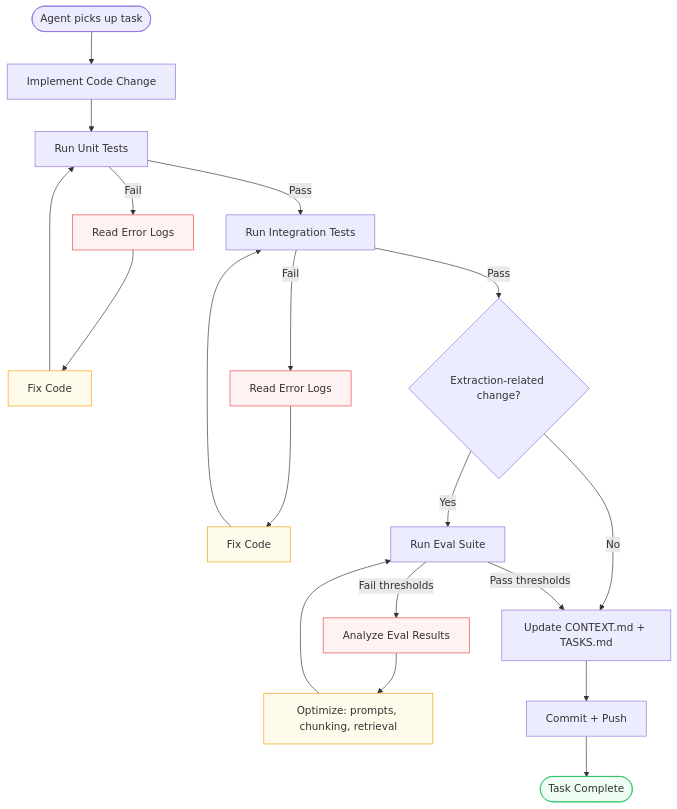
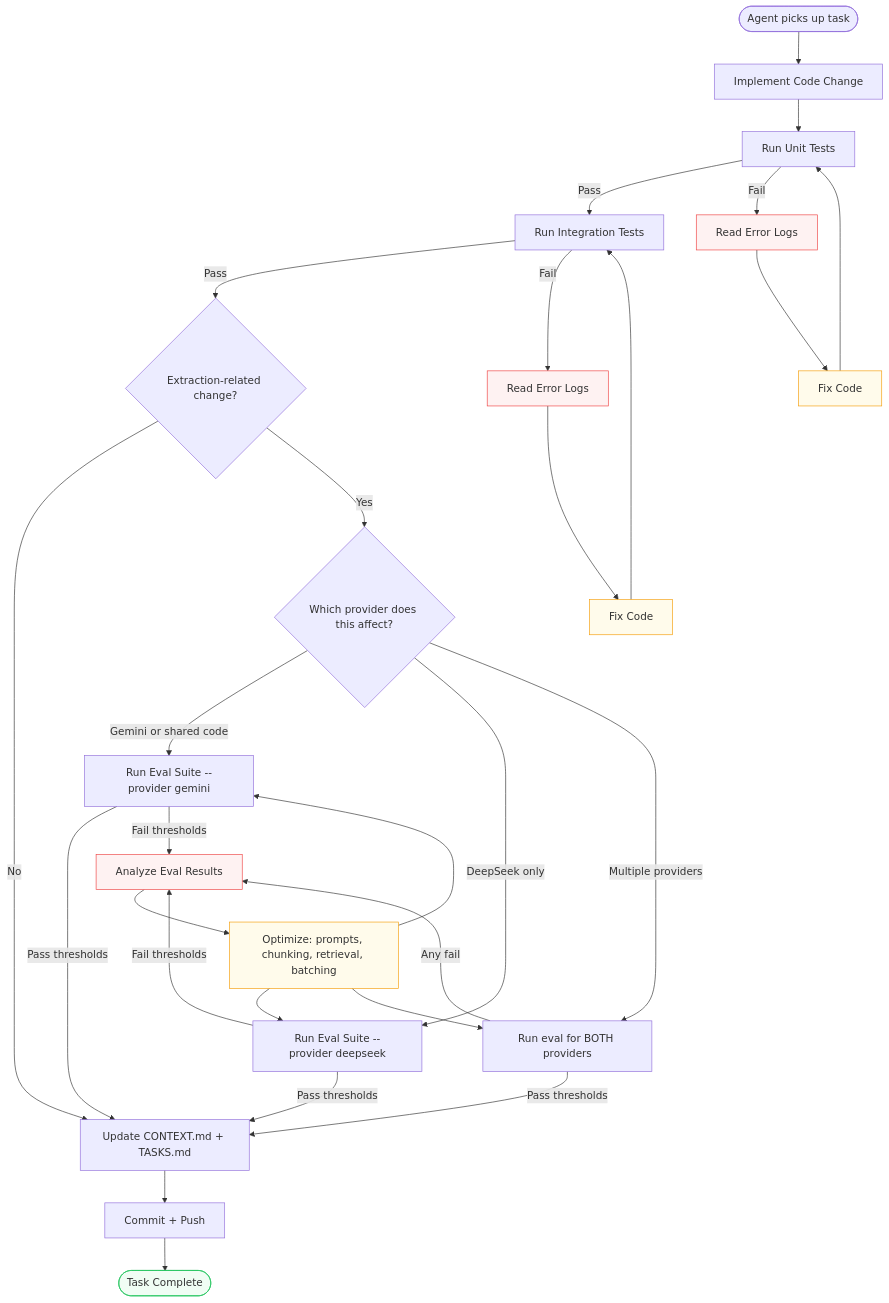
The diagram in docs/5-quality/FEEDBACK_LOOP.md (HanifIsya/TemplaFill), drawn with Mermaid before and after one commit. The commit also changed other lines of this file and 6 other files, not shown here.

Commit message:
docs(tiers): add tier plan + architecture, split Phase 6 tasks, revise testing & feedback docs

````diff
--- a/docs/5-quality/FEEDBACK_LOOP.md
+++ b/docs/5-quality/FEEDBACK_LOOP.md
@@ -11,34 +11,44 @@
 ```mermaid
 flowchart TD
     START([Agent picks up task]) --> IMPLEMENT[Implement Code Change]
     IMPLEMENT --> UNIT_TEST[Run Unit Tests]
 
     UNIT_TEST -->|Pass| INTEGRATION_TEST[Run Integration Tests]
     UNIT_TEST -->|Fail| DIAGNOSE_UNIT[Read Error Logs]
     DIAGNOSE_UNIT --> FIX_UNIT[Fix Code]
     FIX_UNIT --> UNIT_TEST
 
     INTEGRATION_TEST -->|Pass| IS_EXTRACTION{Extraction-related change?}
     INTEGRATION_TEST -->|Fail| DIAGNOSE_INT[Read Error Logs]
     DIAGNOSE_INT --> FIX_INT[Fix Code]
     FIX_INT --> INTEGRATION_TEST
 
-    IS_EXTRACTION -->|Yes| EVAL[Run Eval Suite]
     IS_EXTRACTION -->|No| UPDATE[Update CONTEXT.md + TASKS.md]
+    IS_EXTRACTION -->|Yes| PROVIDER{Which provider does this affect?}
+
+    PROVIDER -->|Gemini or shared code| EVAL[Run Eval Suite --provider gemini]
+    PROVIDER -->|DeepSeek only| EVALD[Run Eval Suite --provider deepseek]
+    PROVIDER -->|Multiple providers| BOTH[Run eval for BOTH providers]
 
     EVAL -->|Pass thresholds| UPDATE
     EVAL -->|Fail thresholds| DIAGNOSE_EVAL[Analyze Eval Results]
-    DIAGNOSE_EVAL --> OPTIMIZE[Optimize: prompts, chunking, retrieval]
+    EVALD -->|Pass thresholds| UPDATE
+    EVALD -->|Fail thresholds| DIAGNOSE_EVAL
+    BOTH -->|Pass thresholds| UPDATE
+    BOTH -->|Any fail| DIAGNOSE_EVAL
+    DIAGNOSE_EVAL --> OPTIMIZE[Optimize: prompts, chunking, retrieval, batching]
     OPTIMIZE --> EVAL
+    OPTIMIZE --> EVALD
+    OPTIMIZE --> BOTH
 
     UPDATE --> COMMIT[Commit + Push]
     COMMIT --> DONE([Task Complete])
 
     style DIAGNOSE_UNIT fill:#FEF2F2,stroke:#EF4444
     style DIAGNOSE_INT fill:#FEF2F2,stroke:#EF4444
     style DIAGNOSE_EVAL fill:#FEF2F2,stroke:#EF4444
     style FIX_UNIT fill:#FFFBEB,stroke:#F59E0B
     style FIX_INT fill:#FFFBEB,stroke:#F59E0B
     style OPTIMIZE fill:#FFFBEB,stroke:#F59E0B
     style DONE fill:#F0FDF4,stroke:#22C55E
 ```
````
